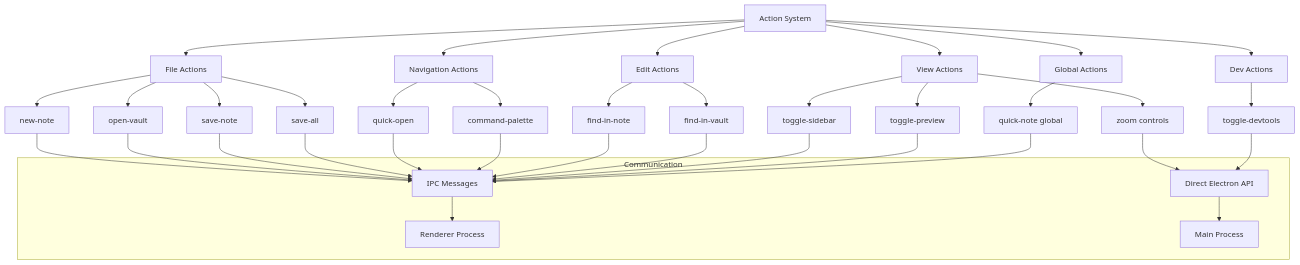
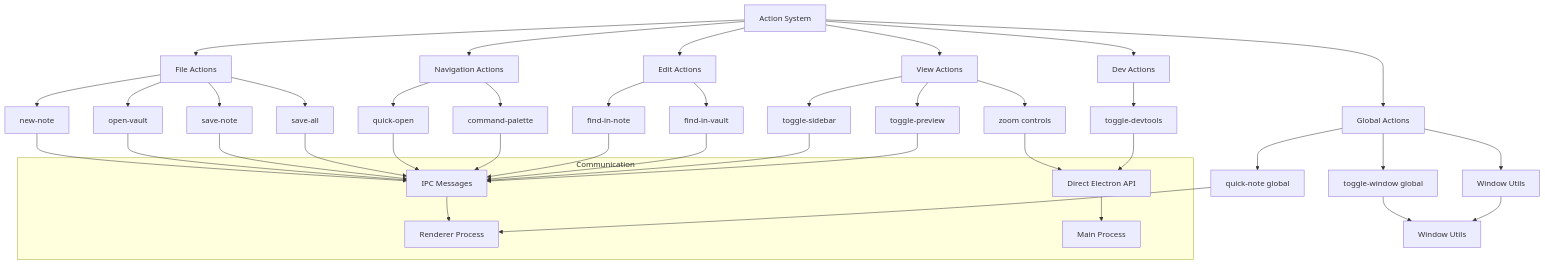
One commit to yish0/not.e changed the first of 2 diagrams in electron/main/actions/README.md. Above: the diagram before and after it, drawn with Mermaid. The commit also changed other lines of this file, not shown here.

First line of the commit message:
docs: Update actions README to reflect window-utils module

````diff
--- a/electron/main/actions/README.md
+++ b/electron/main/actions/README.md
@@ -7,47 +7,51 @@
 ```mermaid
 graph TB
     A[Action System] --> B[File Actions]
     A --> C[Navigation Actions]
     A --> D[Edit Actions]
     A --> E[View Actions]
     A --> F[Dev Actions]
     A --> G[Global Actions]
 
     B --> H[new-note]
     B --> I[open-vault]
     B --> J[save-note]
     B --> K[save-all]
 
     C --> L[quick-open]
     C --> M[command-palette]
 
     D --> N[find-in-note]
     D --> O[find-in-vault]
 
     E --> P[toggle-sidebar]
     E --> Q[toggle-preview]
     E --> R[zoom controls]
 
     F --> S[toggle-devtools]
 
     G --> T[quick-note global]
+    G --> U1[toggle-window global]
+    G --> U2[Window Utils]
 
     subgraph "Communication"
         U[IPC Messages] --> V[Renderer Process]
         W[Direct Electron API] --> X[Main Process]
     end
 
     H --> U
     I --> U
     J --> U
     K --> U
     L --> U
     M --> U
     N --> U
     O --> U
     P --> U
     Q --> U
     R --> W
     S --> W
-    T --> U
+    T --> V
+    U1 --> W1[Window Utils]
+    U2 --> W1
 ```
````
